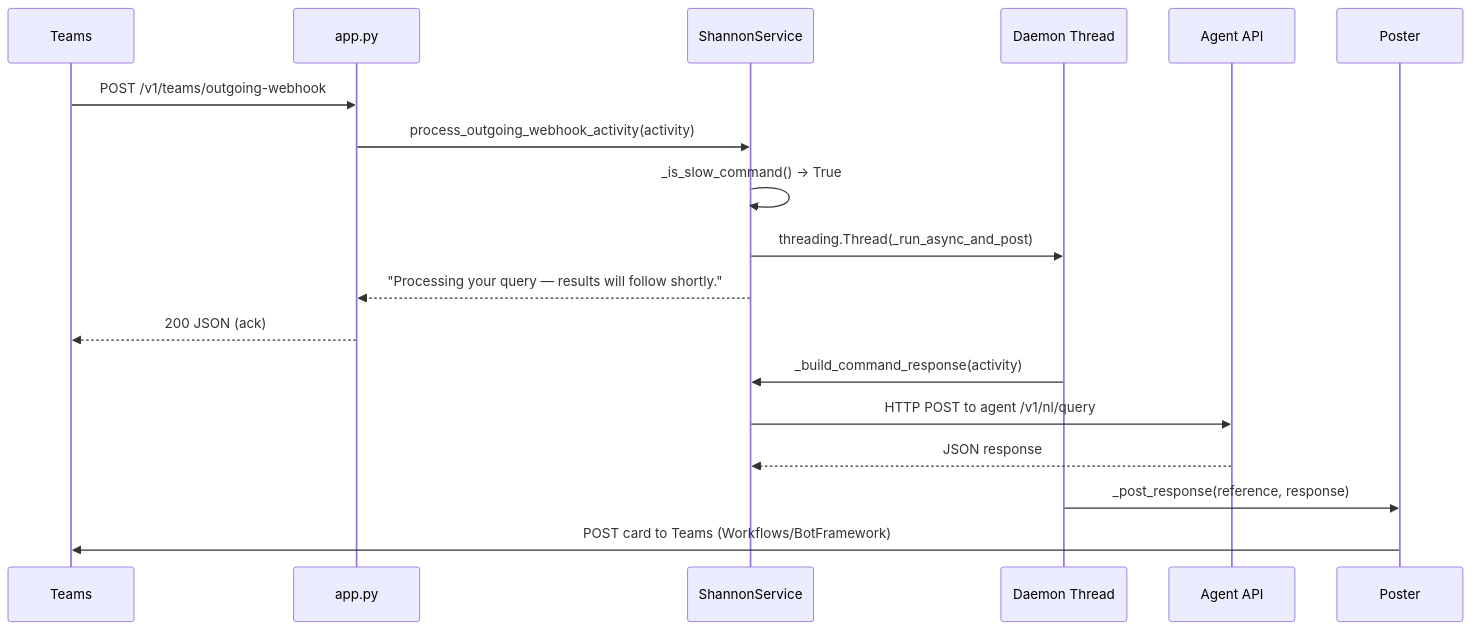
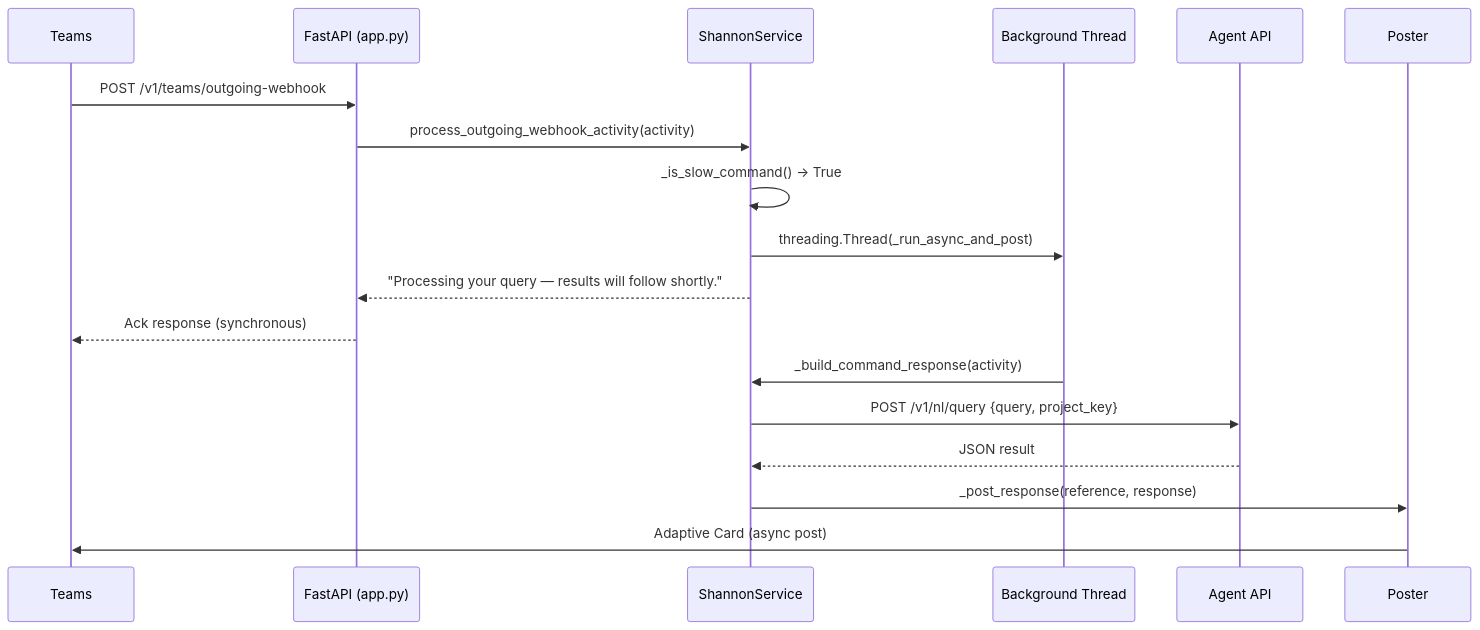
Before and after one commit to jmac-cornelis/agent-workforce: the third of 4 diagrams in docs/shannon.md, drawn with Mermaid. The commit also changed other lines of this file and 7 other files, not shown here.

````diff
--- a/docs/shannon.md
+++ b/docs/shannon.md
@@ -111,21 +89,21 @@
 ```mermaid
 sequenceDiagram
-    participant T as Teams
-    participant A as app.py
-    participant S as ShannonService
-    participant TH as Daemon Thread
-    participant AG as Agent API
-    participant P as Poster
+    participant Teams
+    participant App as FastAPI (app.py)
+    participant Svc as ShannonService
+    participant Thread as Background Thread
+    participant Agent as Agent API
+    participant Poster as Poster
 
-    T->>A: POST /v1/teams/outgoing-webhook
-    A->>S: process_outgoing_webhook_activity(activity)
-    S->>S: _is_slow_command() → True
-    S->>TH: threading.Thread(_run_async_and_post)
-    S-->>A: "Processing your query — results will follow shortly."
-    A-->>T: 200 JSON (ack)
-    TH->>S: _build_command_response(activity)
-    S->>AG: HTTP POST to agent /v1/nl/query
-    AG-->>S: JSON response
-    TH->>P: _post_response(reference, response)
-    P->>T: POST card to Teams (Workflows/BotFramework)
+    Teams->>App: POST /v1/teams/outgoing-webhook
+    App->>Svc: process_outgoing_webhook_activity(activity)
+    Svc->>Svc: _is_slow_command() → True
+    Svc->>Thread: threading.Thread(_run_async_and_post)
+    Svc-->>App: "Processing your query — results will follow shortly."
+    App-->>Teams: Ack response (synchronous)
+    Thread->>Svc: _build_command_response(activity)
+    Svc->>Agent: POST /v1/nl/query {query, project_key}
+    Agent-->>Svc: JSON result
+    Svc->>Poster: _post_response(reference, response)
+    Poster->>Teams: Adaptive Card (async post)
 ```
````
